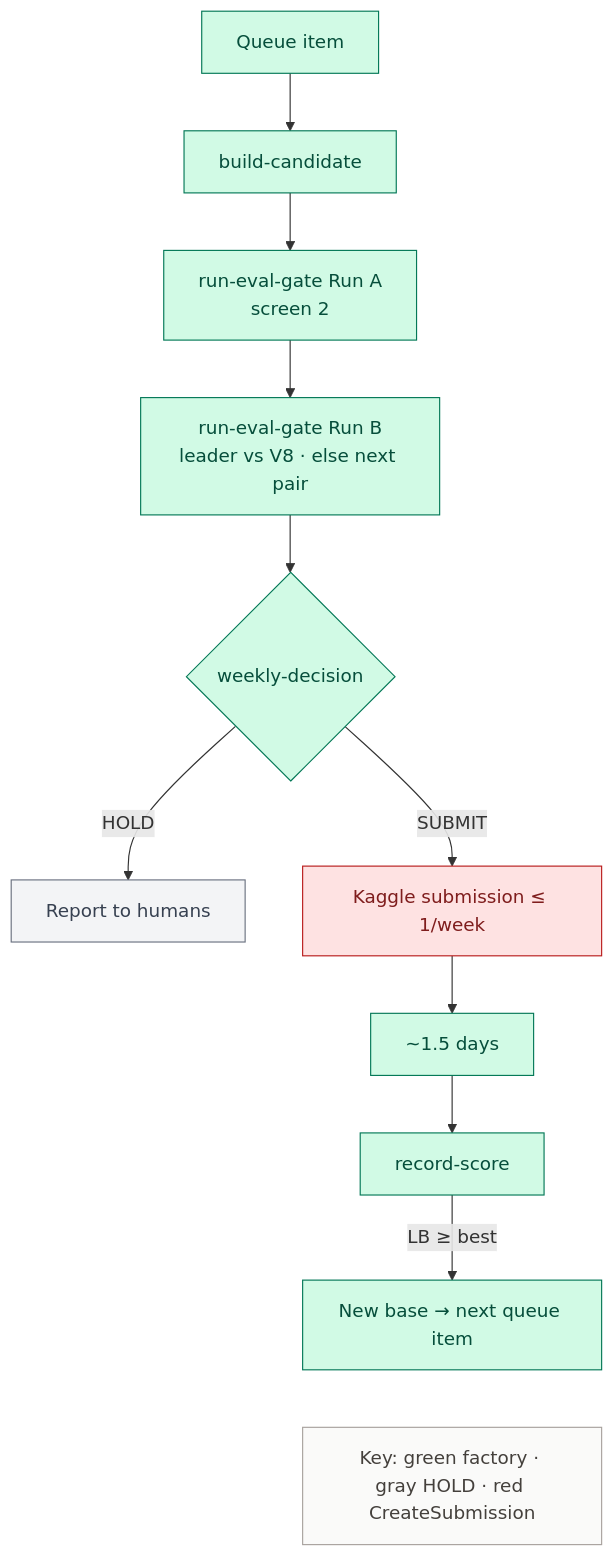
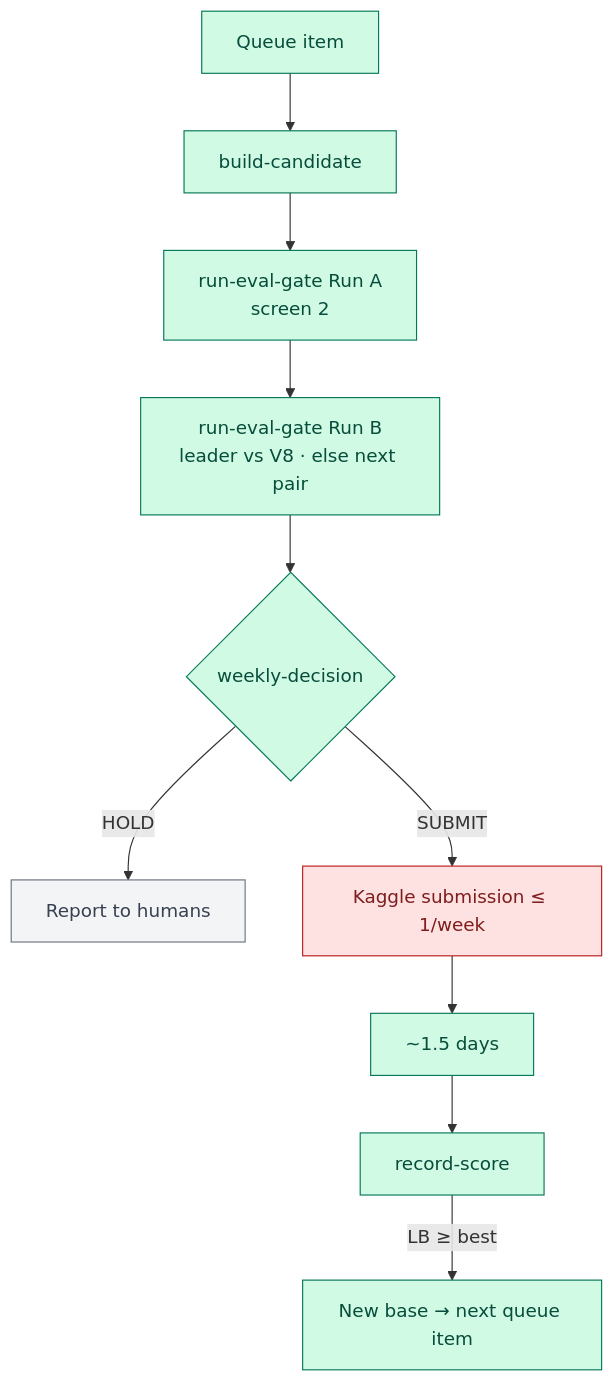
One commit to khaosans/noisegate-gemma4-factory changed the diagram in factory/README.md. Above: the diagram before and after it, drawn with Mermaid. The commit also changed 4 other files, not shown here.

First line of the commit message:
docs: drop Mermaid Key/Legend nodes entirely

````diff
--- a/factory/README.md
+++ b/factory/README.md
@@ -9,23 +9,19 @@
 ```mermaid
 flowchart TB
   Q[Queue item] --> BC[build-candidate]
   BC --> GA[run-eval-gate Run A<br/>screen 2]
   GA --> GB[run-eval-gate Run B<br/>leader vs V8 · else next pair]
   GB --> WD{weekly-decision}
   WD -->|HOLD| RH[Report to humans]
   WD -->|SUBMIT| KS[Kaggle submission ≤ 1/week]
   KS --> Wait[~1.5 days]
   Wait --> RS[record-score]
   RS -->|LB ≥ best| NB[New base → next queue item]
 
-  Key["Key: green factory · gray HOLD · red CreateSubmission"]
-  NB ~~~ Key
-
   classDef factory fill:#D1FAE5,stroke:#047857,color:#064E3B
   classDef hitl fill:#FEE2E2,stroke:#B91C1C,color:#7F1D1D
   classDef hold fill:#F3F4F6,stroke:#6B7280,color:#374151
   class Q,BC,GA,GB,WD,Wait,RS,NB factory
   class KS hitl
   class RH hold
-  style Key fill:#FAFAF9,stroke:#A8A29E,color:#44403C
 ```
````
